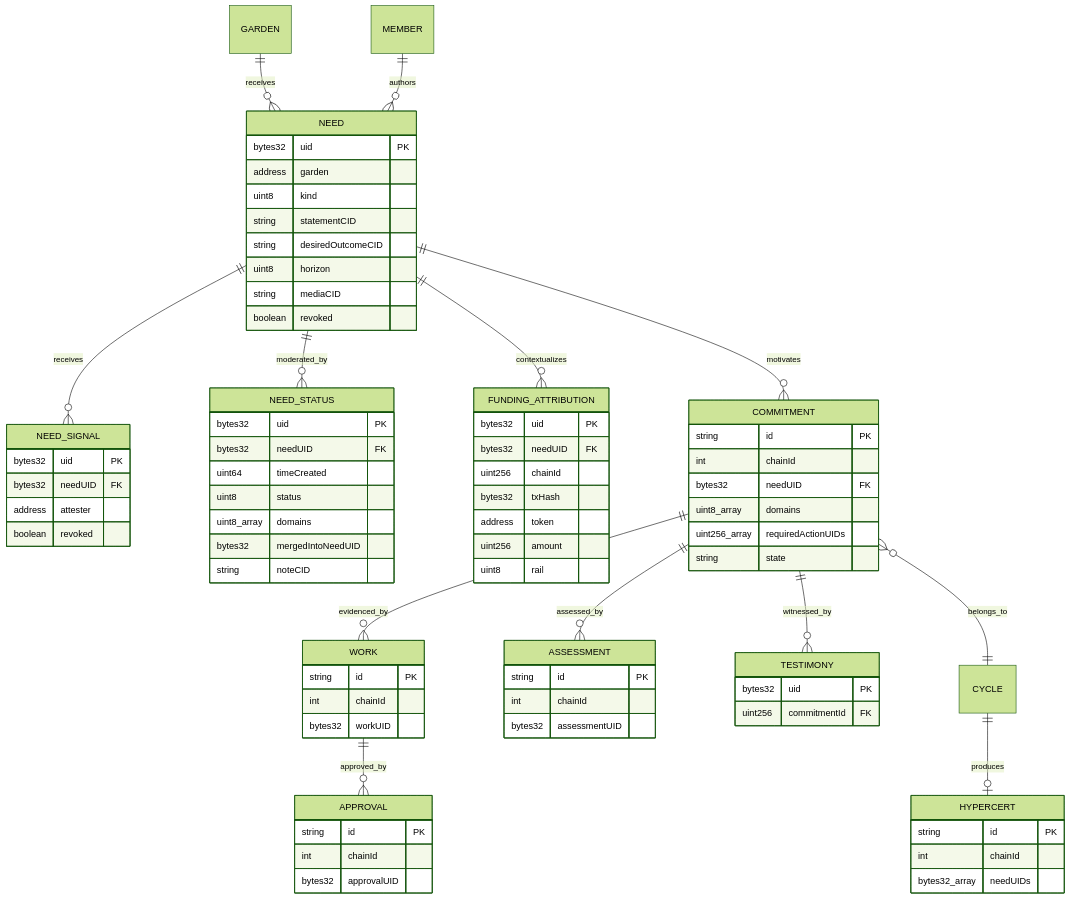
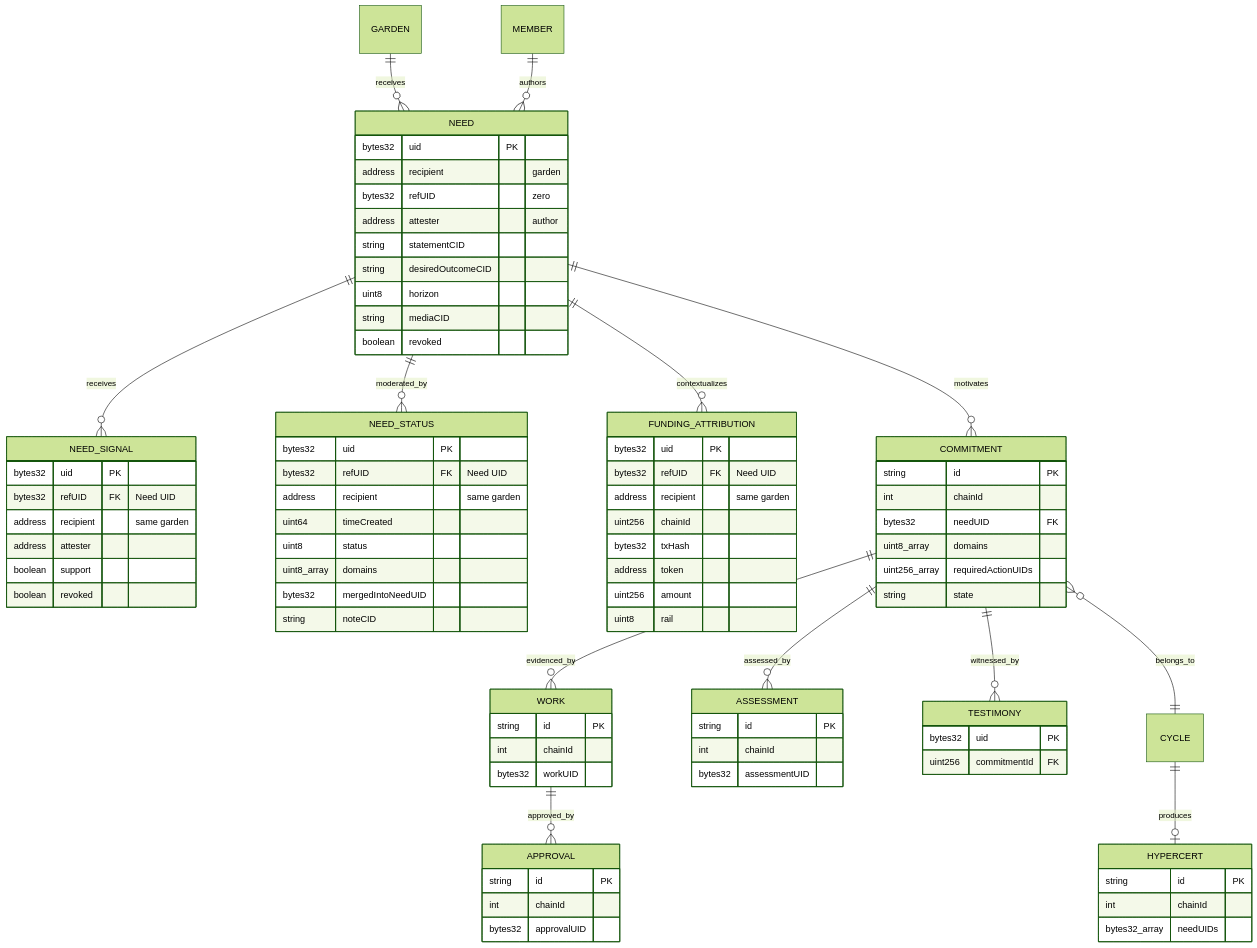
One commit to greenpill-dev-guild/green-goods changed the third of 14 diagrams in .plans/active/community-interface/diagrams.md. Above: the diagram before and after it, drawn with Mermaid (forest theme). The commit also changed other lines of this file and 35 other files, not shown here.

Commit message:
refactor(shared,client): streamline cross-package application flows

```diff
--- a/.plans/active/community-interface/diagrams.md
+++ b/.plans/active/community-interface/diagrams.md
@@ -123,8 +124,9 @@
 
   NEED {
     bytes32 uid PK
-    address garden
-    uint8 kind
+    address recipient "garden"
+    bytes32 refUID "zero"
+    address attester "author"
     string statementCID
     string desiredOutcomeCID
     uint8 horizon
@@ -133,13 +135,16 @@
   }
   NEED_SIGNAL {
     bytes32 uid PK
-    bytes32 needUID FK
+    bytes32 refUID FK "Need UID"
+    address recipient "same garden"
     address attester
+    boolean support
     boolean revoked
   }
   NEED_STATUS {
     bytes32 uid PK
-    bytes32 needUID FK
+    bytes32 refUID FK "Need UID"
+    address recipient "same garden"
     uint64 timeCreated
     uint8 status
     uint8_array domains
@@ -148,7 +153,8 @@
   }
   FUNDING_ATTRIBUTION {
     bytes32 uid PK
-    bytes32 needUID FK
+    bytes32 refUID FK "Need UID"
+    address recipient "same garden"
     uint256 chainId
     bytes32 txHash
     address token
```
